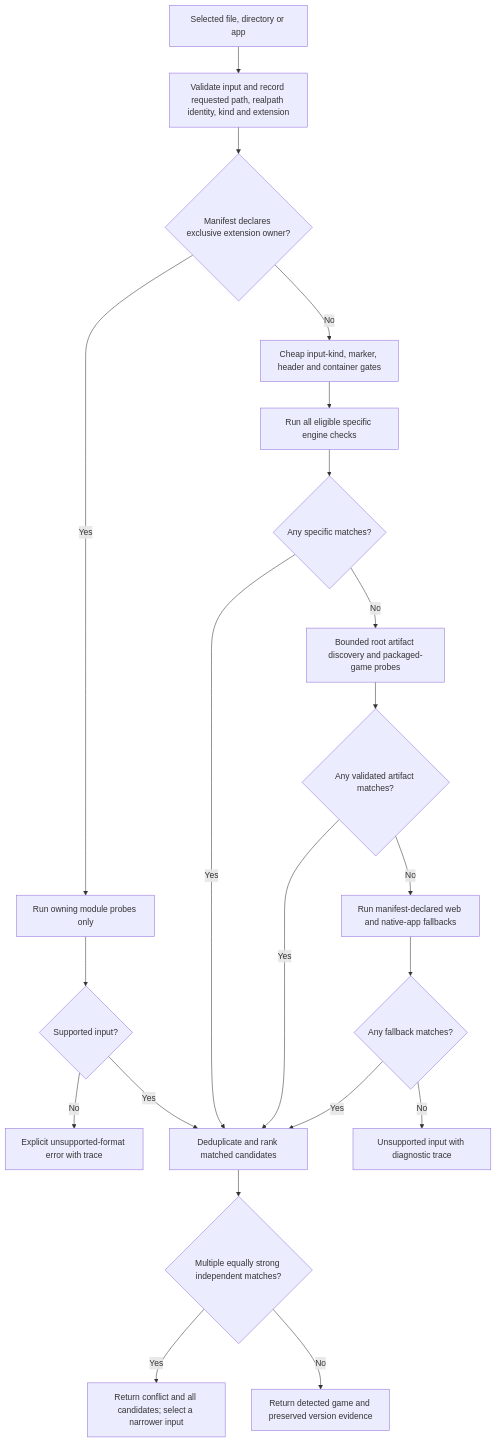
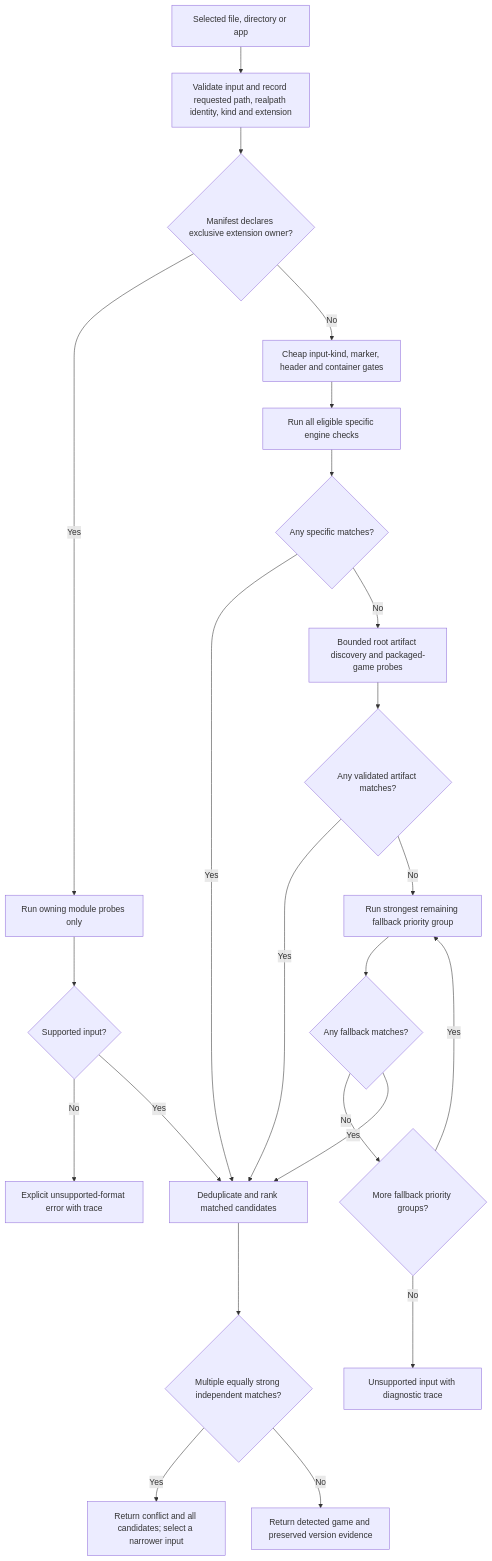
The diagram in docs/DETECTION.md (procrastinine/maclauncher), drawn with Mermaid before and after one commit. The commit also changed other lines of this file and 165 other files, not shown here.

````diff
--- a/docs/DETECTION.md
+++ b/docs/DETECTION.md
@@ -22,23 +22,25 @@
 ```mermaid
 flowchart TD
   Input[Selected file, directory or app] --> Normalize[Validate input and record requested path, realpath identity, kind and extension]
   Normalize --> Owned{Manifest declares exclusive extension owner?}
   Owned -->|Yes| OwnedProbe[Run owning module probes only]
   OwnedProbe --> OwnedMatch{Supported input?}
   OwnedMatch -->|No| Invalid[Explicit unsupported-format error with trace]
   OwnedMatch -->|Yes| Aggregate[Deduplicate and rank matched candidates]
   Owned -->|No| Gates[Cheap input-kind, marker, header and container gates]
   Gates --> Specific[Run all eligible specific engine checks]
   Specific --> SpecificMatch{Any specific matches?}
   SpecificMatch -->|Yes| Aggregate
   SpecificMatch -->|No| Artifacts[Bounded root artifact discovery and packaged-game probes]
   Artifacts --> ArtifactMatch{Any validated artifact matches?}
   ArtifactMatch -->|Yes| Aggregate
-  ArtifactMatch -->|No| Fallback[Run manifest-declared web and native-app fallbacks]
+  ArtifactMatch -->|No| Fallback[Run strongest remaining fallback priority group]
   Fallback --> FallbackMatch{Any fallback matches?}
-  FallbackMatch -->|No| Unknown[Unsupported input with diagnostic trace]
+  FallbackMatch -->|No| Remaining{More fallback priority groups?}
+  Remaining -->|Yes| Fallback
+  Remaining -->|No| Unknown[Unsupported input with diagnostic trace]
   FallbackMatch -->|Yes| Aggregate
   Aggregate --> Conflict{Multiple equally strong independent matches?}
   Conflict -->|Yes| Ambiguous[Return conflict and all candidates; select a narrower input]
   Conflict -->|No| Selected[Return detected game and preserved version evidence]
 ```
````
